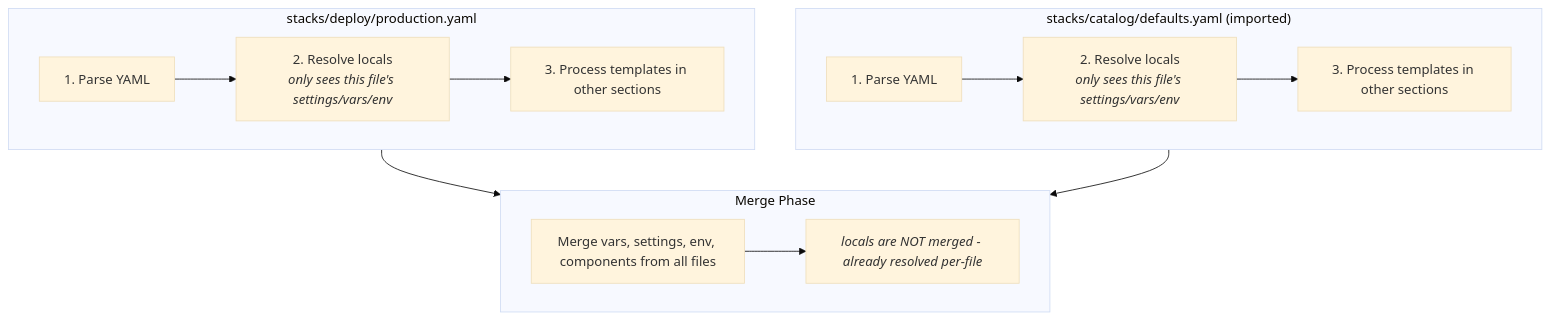
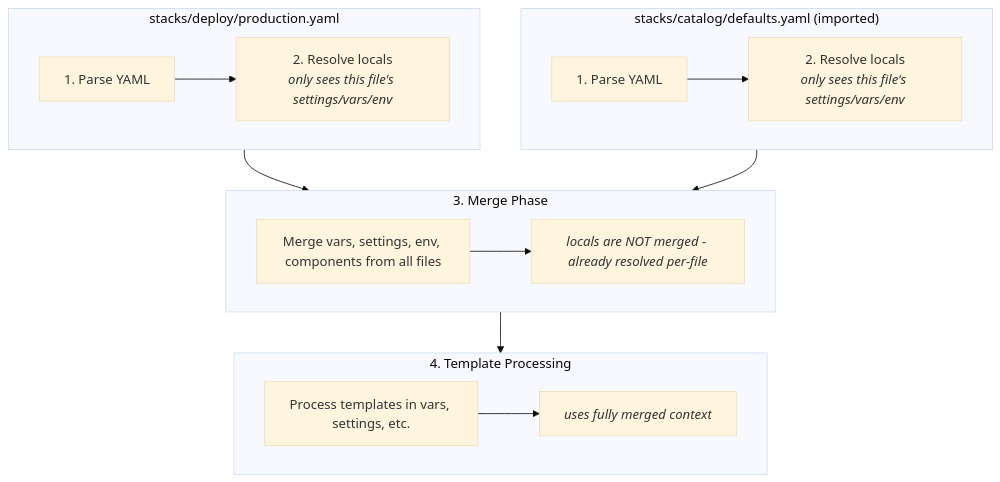
One commit to cloudposse/atmos changed the diagram in website/docs/stacks/locals.mdx. Above: the diagram before and after it, drawn with Mermaid (base theme). The commit also changed other lines of this file, not shown here.

Commit message:
fix: Align diagram with numbered steps and add missing periods
- Update mermaid diagram to show template processing as step 4 after merge
- Remove step 3 from per-file boxes (templates processed after merge)
- Add periods to list items in troubleshooting section for consistency

````diff
--- a/website/docs/stacks/locals.mdx
+++ b/website/docs/stacks/locals.mdx
@@ -202,25 +202,30 @@
 ```mermaid
 flowchart TB
     subgraph file1["stacks/deploy/production.yaml"]
         A1[1. Parse YAML]
         A2[2. Resolve locals<br/><i>only sees this file's settings/vars/env</i>]
-        A3[3. Process templates in other sections]
-        A1 --> A2 --> A3
+        A1 --> A2
     end
 
     subgraph file2["stacks/catalog/defaults.yaml (imported)"]
         B1[1. Parse YAML]
         B2[2. Resolve locals<br/><i>only sees this file's settings/vars/env</i>]
-        B3[3. Process templates in other sections]
-        B1 --> B2 --> B3
+        B1 --> B2
     end
 
-    subgraph merge["Merge Phase"]
+    subgraph merge["3. Merge Phase"]
         C1[Merge vars, settings, env, components from all files]
         C2[<i>locals are NOT merged - already resolved per-file</i>]
         C1 --> C2
     end
 
+    subgraph templates["4. Template Processing"]
+        D1[Process templates in vars, settings, etc.]
+        D2[<i>uses fully merged context</i>]
+        D1 --> D2
+    end
+
     file1 --> merge
     file2 --> merge
+    merge --> templates
 ```
````
